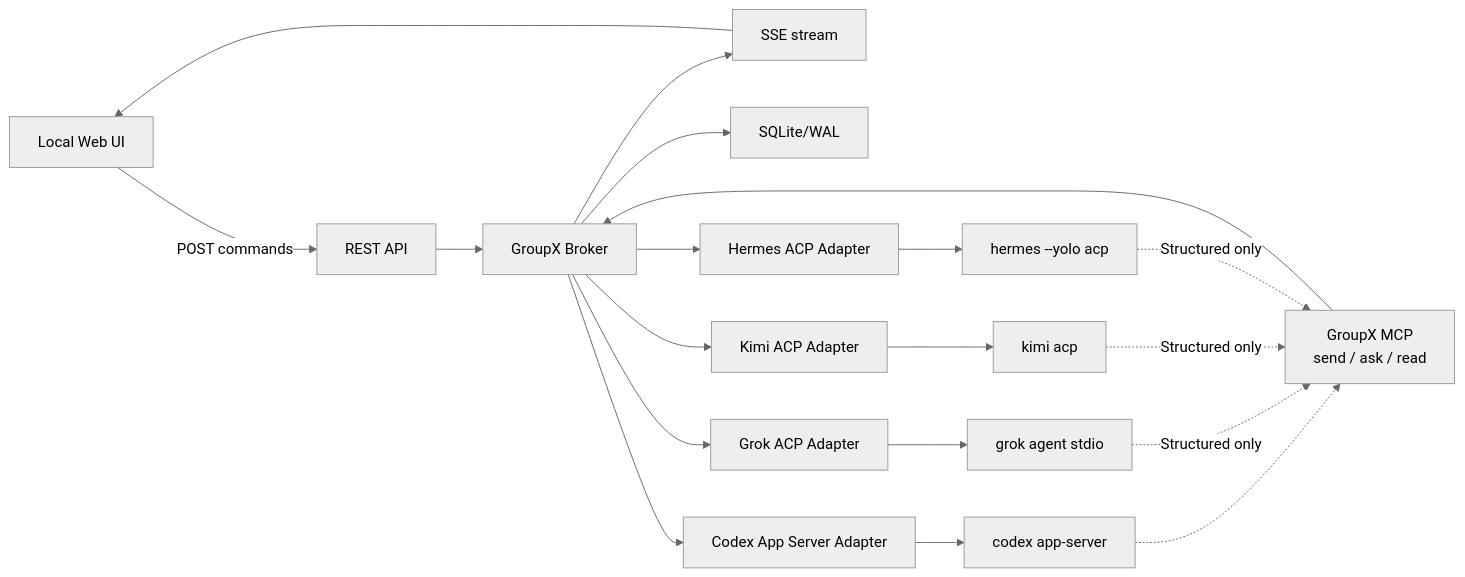
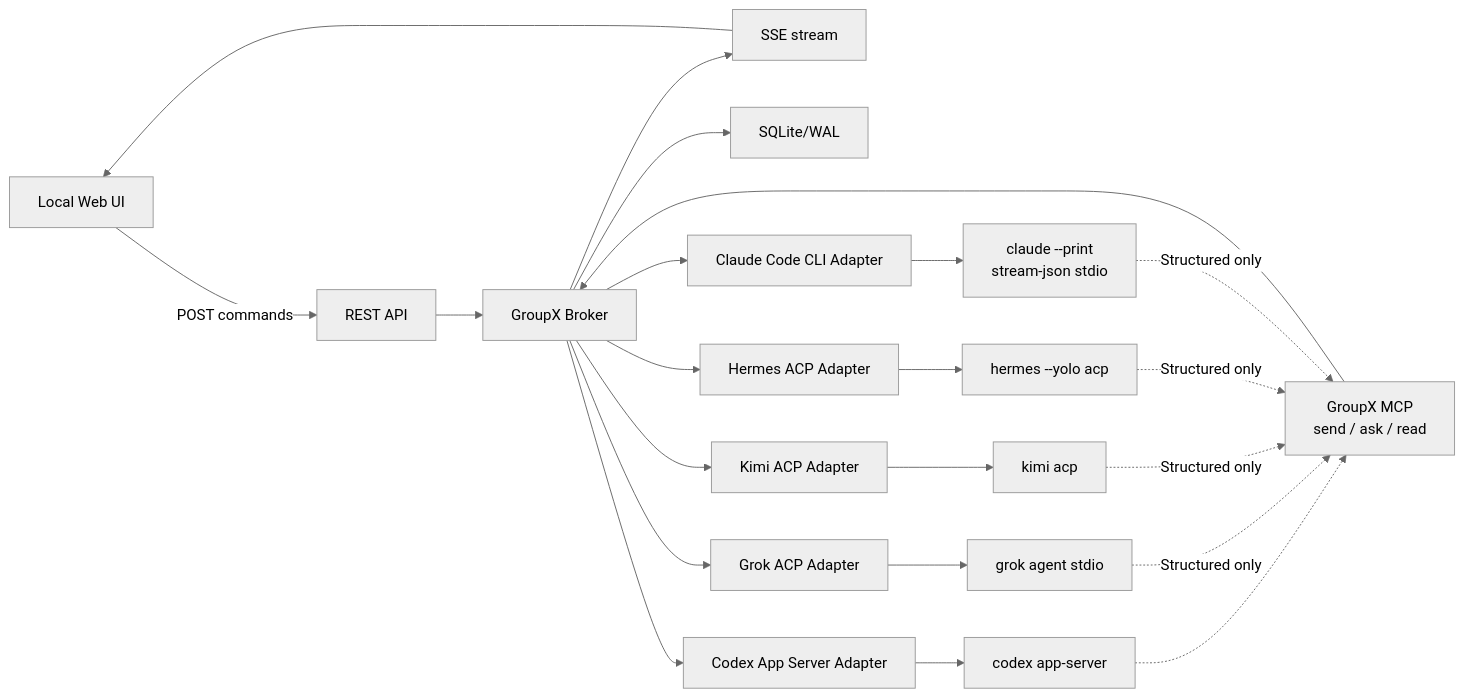
The first of 2 diagrams in docs/IMPLEMENTATION.md (susyimes/GroupX), drawn with Mermaid (neutral theme) before and after one commit. The commit also changed other lines of this file and 38 other files, not shown here.

````diff
--- a/docs/IMPLEMENTATION.md
+++ b/docs/IMPLEMENTATION.md
@@ -73,21 +76,24 @@
 ```mermaid
 flowchart LR
     UI["Local Web UI"] -- "POST commands" --> API["REST API"]
     SSE["SSE stream"] --> UI
     API --> Broker["GroupX Broker"]
     Broker --> SSE
     Broker --> Store["SQLite/WAL"]
     Broker --> CodexAdapter["Codex App Server Adapter"]
     Broker --> GrokAdapter["Grok ACP Adapter"]
     Broker --> KimiAdapter["Kimi ACP Adapter"]
     Broker --> HermesAdapter["Hermes ACP Adapter"]
+    Broker --> ClaudeAdapter["Claude Code CLI Adapter"]
     CodexAdapter --> CodexNative["codex app-server"]
     GrokAdapter --> GrokNative["grok agent stdio"]
     KimiAdapter --> KimiNative["kimi acp"]
     HermesAdapter --> HermesNative["hermes --yolo acp"]
+    ClaudeAdapter --> ClaudeNative["claude --print<br/>stream-json stdio"]
     CodexNative -.-> GroupXMCP["GroupX MCP<br/>send / ask / read"]
     GrokNative -. "Structured only" .-> GroupXMCP
     KimiNative -. "Structured only" .-> GroupXMCP
     HermesNative -. "Structured only" .-> GroupXMCP
+    ClaudeNative -. "Structured only" .-> GroupXMCP
     GroupXMCP --> Broker
 ```
````
